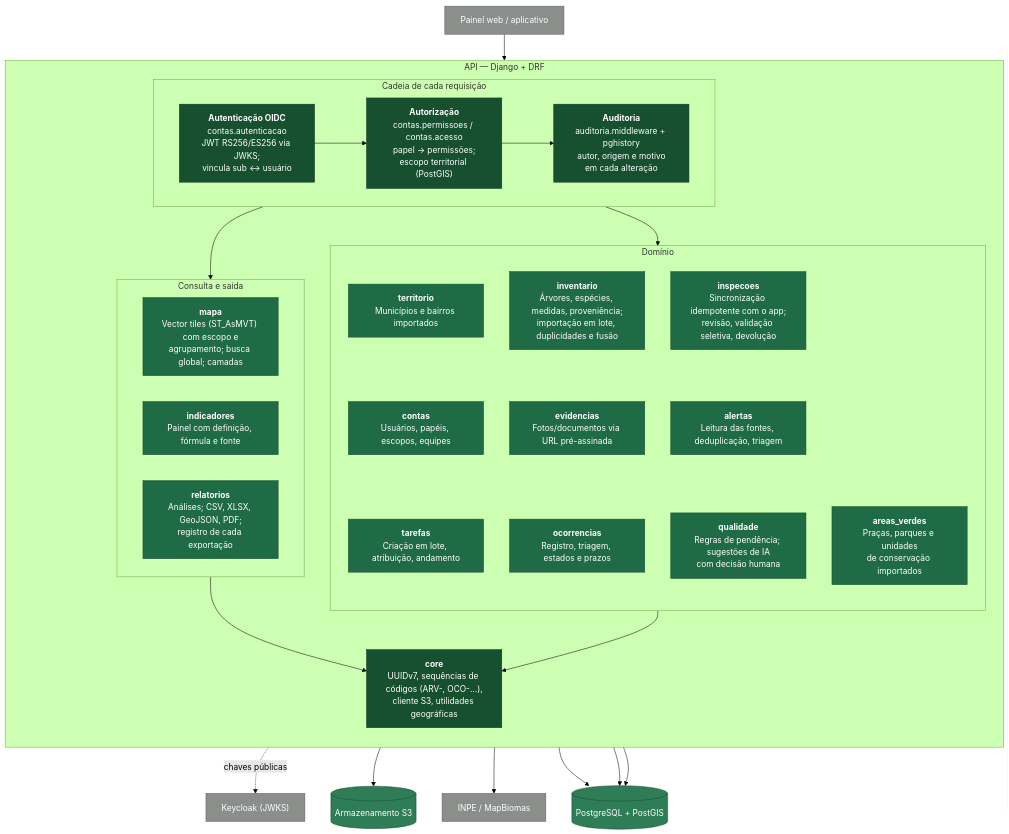
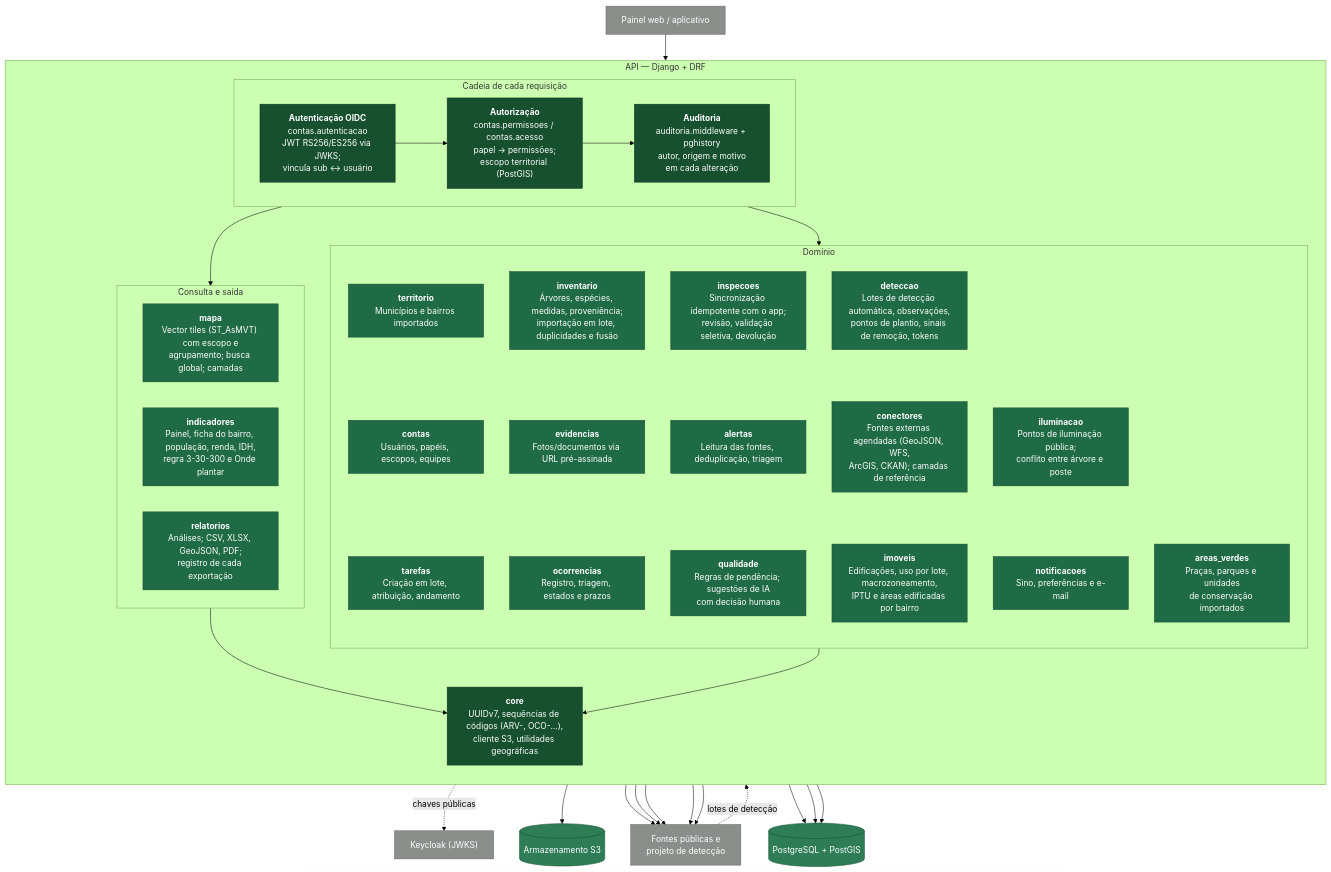
The third of 13 diagrams in docs/arquitetura/README.md (RaulMedeiros/itree), drawn with Mermaid (forest theme) before and after one commit. The commit also changed other lines of this file and 26 other files, not shown here.

````diff
--- a/docs/arquitetura/README.md
+++ b/docs/arquitetura/README.md
@@ -152,62 +168,70 @@
 ```mermaid
 flowchart TB
     classDef comp fill:#1f6b45,stroke:#16502f,color:#fff
     classDef transversal fill:#16502f,stroke:#0d3520,color:#fff
     classDef dado fill:#2e7d57,stroke:#16502f,color:#fff
     classDef externo fill:#8a8f8c,stroke:#5f6461,color:#fff
 
     cliente["Painel web / aplicativo"]:::externo
 
     subgraph api["API — Django + DRF"]
         direction TB
         subgraph cadeia["Cadeia de cada requisição"]
             direction LR
             autent["<b>Autenticação OIDC</b><br/>contas.autenticacao<br/>JWT RS256/ES256 via JWKS;<br/>vincula sub ↔ usuário"]:::transversal
             acesso["<b>Autorização</b><br/>contas.permissoes / contas.acesso<br/>papel → permissões;<br/>escopo territorial (PostGIS)"]:::transversal
             auditoria["<b>Auditoria</b><br/>auditoria.middleware + pghistory<br/>autor, origem e motivo<br/>em cada alteração"]:::transversal
         end
 
         subgraph dominio["Domínio"]
             direction TB
             territorio["<b>territorio</b><br/>Municípios e bairros importados"]:::comp
             areas_verdes["<b>areas_verdes</b><br/>Praças, parques e unidades<br/>de conservação importados"]:::comp
             contas["<b>contas</b><br/>Usuários, papéis, escopos, equipes"]:::comp
             inventario["<b>inventario</b><br/>Árvores, espécies, medidas, proveniência;<br/>importação em lote, duplicidades e fusão"]:::comp
             evidencias["<b>evidencias</b><br/>Fotos/documentos via URL pré-assinada"]:::comp
             ocorrencias["<b>ocorrencias</b><br/>Registro, triagem, estados e prazos"]:::comp
             inspecoes["<b>inspecoes</b><br/>Sincronização idempotente com o app;<br/>revisão, validação seletiva, devolução"]:::comp
             tarefas["<b>tarefas</b><br/>Criação em lote, atribuição, andamento"]:::comp
             alertas["<b>alertas</b><br/>Leitura das fontes, deduplicação, triagem"]:::comp
             qualidade["<b>qualidade</b><br/>Regras de pendência; sugestões de IA<br/>com decisão humana"]:::comp
+            deteccao["<b>deteccao</b><br/>Lotes de detecção automática, observações,<br/>pontos de plantio, sinais de remoção, tokens"]:::comp
+            conectores["<b>conectores</b><br/>Fontes externas agendadas (GeoJSON, WFS,<br/>ArcGIS, CKAN); camadas de referência"]:::comp
+            imoveis["<b>imoveis</b><br/>Edificações, uso por lote, macrozoneamento,<br/>IPTU e áreas edificadas por bairro"]:::comp
+            iluminacao["<b>iluminacao</b><br/>Pontos de iluminação pública;<br/>conflito entre árvore e poste"]:::comp
+            notificacoes["<b>notificacoes</b><br/>Sino, preferências e e-mail"]:::comp
             territorio ~~~ contas ~~~ tarefas
             inventario ~~~ evidencias ~~~ ocorrencias
             inspecoes ~~~ alertas ~~~ qualidade
+            deteccao ~~~ conectores ~~~ imoveis
+            iluminacao ~~~ notificacoes
         end
 
         subgraph leitura["Consulta e saída"]
             direction LR
             mapa["<b>mapa</b><br/>Vector tiles (ST_AsMVT) com escopo e<br/>agrupamento; busca global; camadas"]:::comp
-            indicadores["<b>indicadores</b><br/>Painel com definição, fórmula e fonte"]:::comp
+            indicadores["<b>indicadores</b><br/>Painel, ficha do bairro, população, renda, IDH,<br/>regra 3-30-300 e Onde plantar"]:::comp
             relatorios["<b>relatorios</b><br/>Análises; CSV, XLSX, GeoJSON, PDF;<br/>registro de cada exportação"]:::comp
         end
 
         core["<b>core</b><br/>UUIDv7, sequências de códigos (ARV-, OCO-…),<br/>cliente S3, utilidades geográficas"]:::transversal
     end
 
     db[("PostgreSQL + PostGIS")]:::dado
     s3[("Armazenamento S3")]:::dado
     idp["Keycloak (JWKS)"]:::externo
-    fontes["INPE / MapBiomas"]:::externo
+    fontes["Fontes públicas e<br/>projeto de detecção"]:::externo
 
     cliente --> autent --> acesso --> auditoria
     auditoria --> dominio
     auditoria --> leitura
     autent -. "chaves públicas" .-> idp
     dominio --> core
     leitura --> core
     evidencias --> s3
-    alertas --> fontes
+    alertas & conectores & imoveis & iluminacao & indicadores --> fontes
+    fontes -. "lotes de detecção" .-> deteccao
     core --> db
     dominio --> db
     leitura --> db
 ```
````
